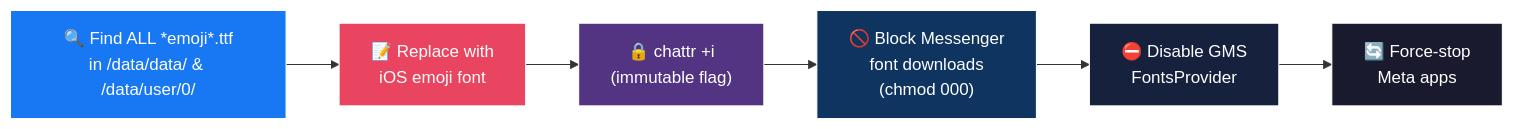
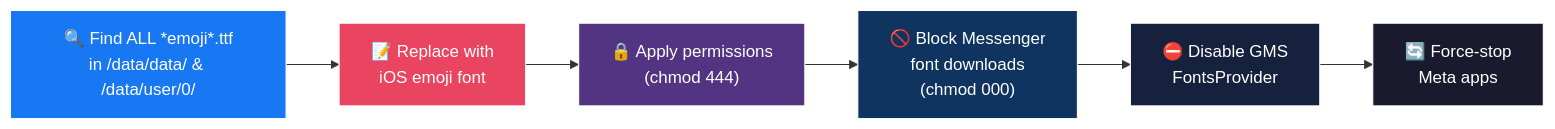
One commit to antoniomalheirs/Sound_And_Emoji_IOS changed the second of 2 diagrams in README.md. Above: the diagram before and after it, drawn with Mermaid. The commit also changed other lines of this file and 5 other files, not shown here.

````diff
--- a/README.md
+++ b/README.md
@@ -419,15 +419,15 @@
 ```mermaid
 graph LR
     A["🔍 Find ALL *emoji*.ttf<br/>in /data/data/ & /data/user/0/"] --> B["📝 Replace with<br/>iOS emoji font"]
-    B --> C["🔒 chattr +i<br/>(immutable flag)"]
+    B --> C["🔒 Apply permissions<br/>(chmod 444)"]
     C --> D["🚫 Block Messenger<br/>font downloads<br/>(chmod 000)"]
     D --> E["⛔ Disable GMS<br/>FontsProvider"]
     E --> F["🔄 Force-stop<br/>Meta apps"]
 
     style A fill:#1877f2,stroke:#fff,color:#fff
     style B fill:#e94560,stroke:#fff,color:#fff
     style C fill:#533483,stroke:#fff,color:#fff
     style D fill:#0f3460,stroke:#fff,color:#fff
     style E fill:#16213e,stroke:#fff,color:#fff
     style F fill:#1a1a2e,stroke:#fff,color:#fff
 ```
````
